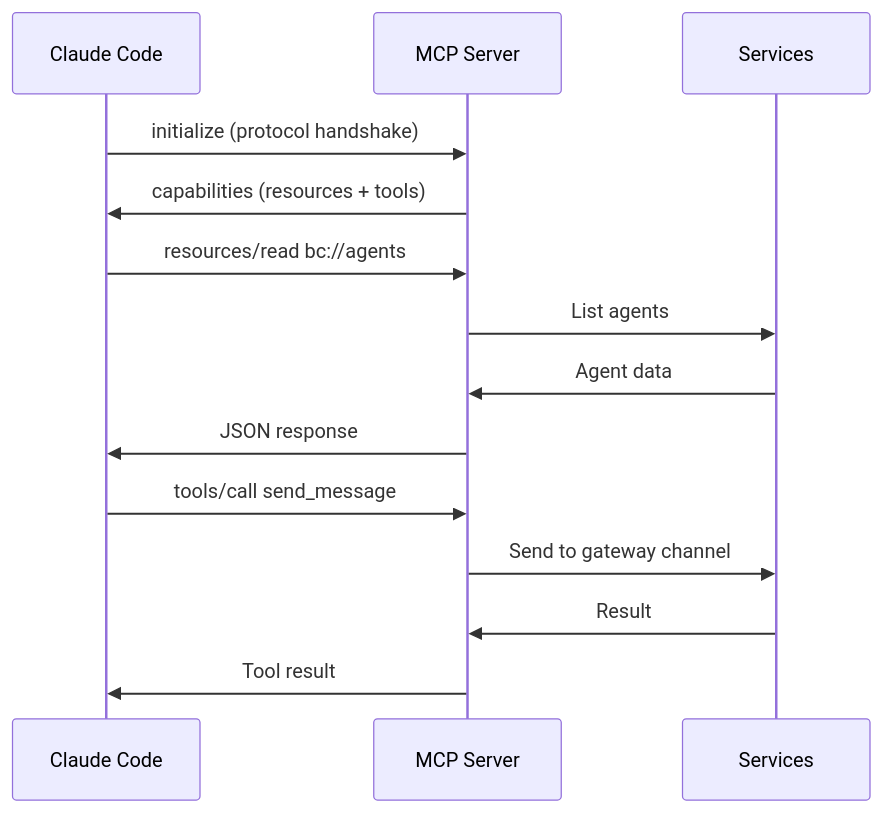
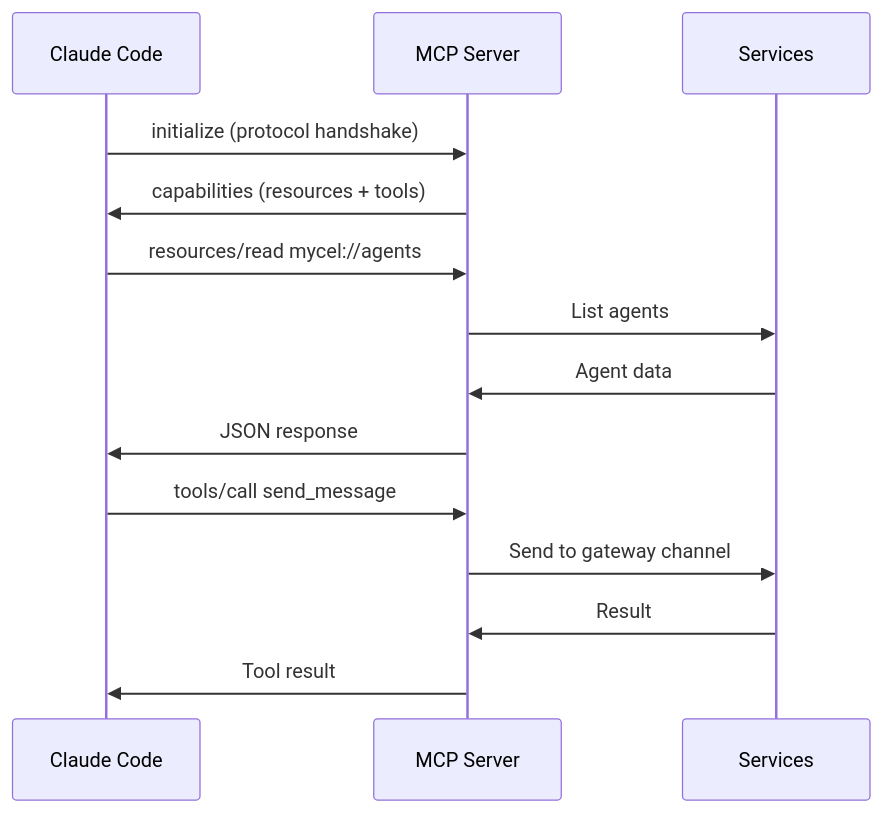
Before and after one commit to rpuneet/bc: the fourth of 5 diagrams in docs/explanation/networking.md, drawn with Mermaid. The commit also changed 23 other files, not shown here.

````diff
--- a/docs/explanation/networking.md
+++ b/docs/explanation/networking.md
@@ -89,19 +89,19 @@
 ```mermaid
 sequenceDiagram
     participant Agent as Claude Code
     participant MCP as MCP Server
     participant Svc as Services
 
     Agent->>MCP: initialize (protocol handshake)
     MCP->>Agent: capabilities (resources + tools)
 
-    Agent->>MCP: resources/read bc://agents
+    Agent->>MCP: resources/read mycel://agents
     MCP->>Svc: List agents
     Svc->>MCP: Agent data
     MCP->>Agent: JSON response
 
     Agent->>MCP: tools/call send_message
     MCP->>Svc: Send to gateway channel
     Svc->>MCP: Result
     MCP->>Agent: Tool result
 ```
````
